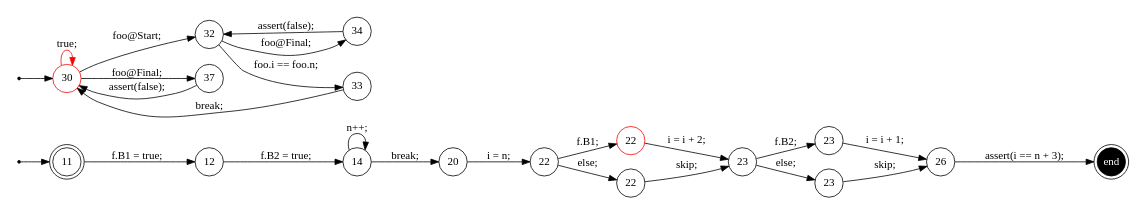
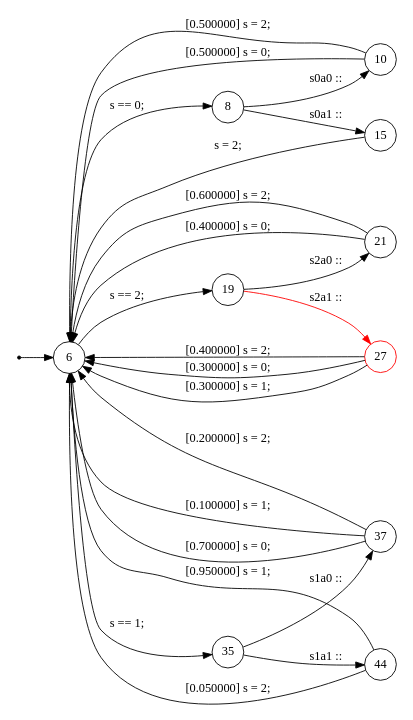
One commit to samilazregsuidi/Daedalux changed the diagram in trace/11.dot. Above: the diagram before and after it, drawn with Graphviz. The commit also changed 277 other files, not shown here.

```diff
--- a/trace/11.dot
+++ b/trace/11.dot
@@ -1,48 +1,39 @@
 digraph finite_state_machine {
 	rankdir=LR
 	size="8,5"
-	93824993311008 [label = 11, shape = doublecircle, fixedsize = true]; 
-	s93824993311008 [shape = point];
-	93824993307216 [label = 30, shape = doublecircle, color = red, fixedsize = true]; 
-	s93824993307216 [shape = point];
-	e93824993306544 [shape = doublecircle, fixedsize = true, style = filled, fillcolor = black, fontcolor = white,  label = end];
-	 93824993312480 [label = 12, shape = circle, fixedsize = true ];
-	 93824993302560 [label = 14, shape = circle, fixedsize = true ];
-	 93824993303360 [label = 20, shape = circle, fixedsize = true ];
-	 93824993303680 [label = 22, shape = circle, fixedsize = true ];
-	 93824993304480 [label = 22, shape = circle, color = red, fixedsize = true ];
-	 93824993305200 [label = 22, shape = circle, fixedsize = true ];
-	 93824993304992 [label = 23, shape = circle, fixedsize = true ];
-	 93824993306032 [label = 23, shape = circle, fixedsize = true ];
-	 93824993306752 [label = 23, shape = circle, fixedsize = true ];
-	 93824993306544 [label = 26, shape = circle, fixedsize = true ];
-	 93824993307216 [label = 30, shape = circle, color = red, fixedsize = true ];
-	 93824993307984 [label = 32, shape = circle, fixedsize = true ];
-	 93824993308816 [label = 33, shape = circle, fixedsize = true ];
-	 93824993309536 [label = 34, shape = circle, fixedsize = true ];
-	 93824993310048 [label = 37, shape = circle, fixedsize = true ];
-	s93824993311008 -> 93824993311008;
-	s93824993307216 -> 93824993307216;
-	93824993311008 -> 93824993312480 [ label = "f.B1 = true; "];
-	93824993312480 -> 93824993302560 [ label = "f.B2 = true; "];
-	93824993302560 -> 93824993303360 [ label = "break; "];
-	93824993302560 -> 93824993302560 [ label = "n++; "];
-	93824993303360 -> 93824993303680 [ label = "i = n; "];
-	93824993303680 -> 93824993304480 [ label = "f.B1; "];
-	93824993304480 -> 93824993304992 [ label = "i = i + 2; "];
-	93824993303680 -> 93824993305200 [ label = "else; "];
-	93824993305200 -> 93824993304992 [ label = "skip; "];
-	93824993304992 -> 93824993306032 [ label = "f.B2; "];
-	93824993306032 -> 93824993306544 [ label = "i = i + 1; "];
-	93824993304992 -> 93824993306752 [ label = "else; "];
-	93824993306752 -> 93824993306544 [ label = "skip; "];
-	93824993306544 -> e93824993306544 [ label = "assert(i == n + 3); "];
-	93824993307216 -> 93824993307984 [ label = "foo@Start; "];
-	93824993307984 -> 93824993308816 [ label = "foo.i == foo.n; "];
-	93824993308816 -> 93824993307216 [ label = "break; "];
-	93824993307984 -> 93824993309536 [ label = "foo@Final; "];
-	93824993309536 -> 93824993307984 [ label = "assert(false); "];
-	93824993307216 -> 93824993310048 [ label = "foo@Final; "];
-	93824993310048 -> 93824993307216 [ label = "assert(false); "];
-	93824993307216 -> 93824993307216 [color = red, label = "true; "];
+	93824993319552 [label = 6, shape = doublecircle, fixedsize = true]; 
+	s93824993319552 [shape = point];
+	 93824993319552 [label = 6, shape = circle, fixedsize = true ];
+	 93824993310416 [label = 8, shape = circle, fixedsize = true ];
+	 93824993310976 [label = 10, shape = circle, fixedsize = true ];
+	 93824993312496 [label = 15, shape = circle, fixedsize = true ];
+	 93824993312944 [label = 19, shape = circle, fixedsize = true ];
+	 93824993313712 [label = 21, shape = circle, fixedsize = true ];
+	 93824993315232 [label = 27, shape = circle, color = red, fixedsize = true ];
+	 93824993316688 [label = 35, shape = circle, fixedsize = true ];
+	 93824993317632 [label = 37, shape = circle, fixedsize = true ];
+	 93824993325184 [label = 44, shape = circle, fixedsize = true ];
+	s93824993319552 -> 93824993319552;
+	93824993319552 -> 93824993310416 [ label = "s == 0; "];
+	93824993310416 -> 93824993310976 [ label = "s0a0 :: "];
+	93824993310976 -> 93824993319552 [ label = " [0.500000] s = 0; "];
+	93824993310976 -> 93824993319552 [ label = " [0.500000] s = 2; "];
+	93824993310416 -> 93824993312496 [ label = "s0a1 :: "];
+	93824993312496 -> 93824993319552 [ label = "s = 2; "];
+	93824993319552 -> 93824993312944 [ label = "s == 2; "];
+	93824993312944 -> 93824993313712 [ label = "s2a0 :: "];
+	93824993313712 -> 93824993319552 [ label = " [0.400000] s = 0; "];
+	93824993313712 -> 93824993319552 [ label = " [0.600000] s = 2; "];
+	93824993312944 -> 93824993315232 [color = red, label = "s2a1 :: "];
+	93824993315232 -> 93824993319552 [ label = " [0.400000] s = 2; "];
+	93824993315232 -> 93824993319552 [ label = " [0.300000] s = 0; "];
+	93824993315232 -> 93824993319552 [ label = " [0.300000] s = 1; "];
+	93824993319552 -> 93824993316688 [ label = "s == 1; "];
+	93824993316688 -> 93824993317632 [ label = "s1a0 :: "];
+	93824993317632 -> 93824993319552 [ label = " [0.100000] s = 1; "];
+	93824993317632 -> 93824993319552 [ label = " [0.700000] s = 0; "];
+	93824993317632 -> 93824993319552 [ label = " [0.200000] s = 2; "];
+	93824993316688 -> 93824993325184 [ label = "s1a1 :: "];
+	93824993325184 -> 93824993319552 [ label = " [0.950000] s = 1; "];
+	93824993325184 -> 93824993319552 [ label = " [0.050000] s = 2; "];
 }
```
